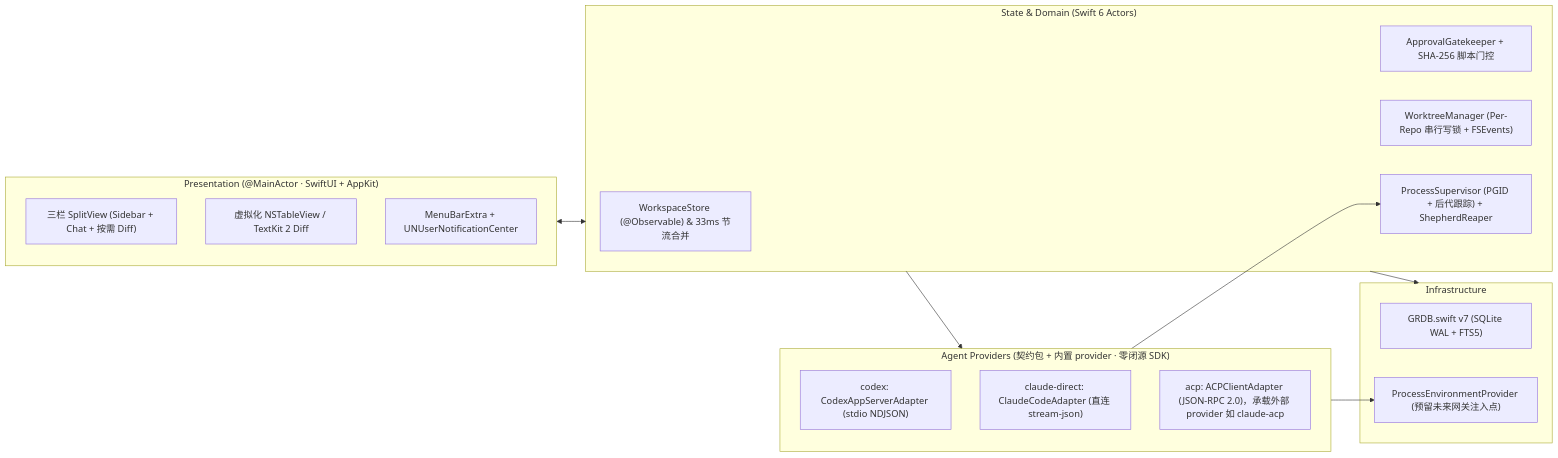
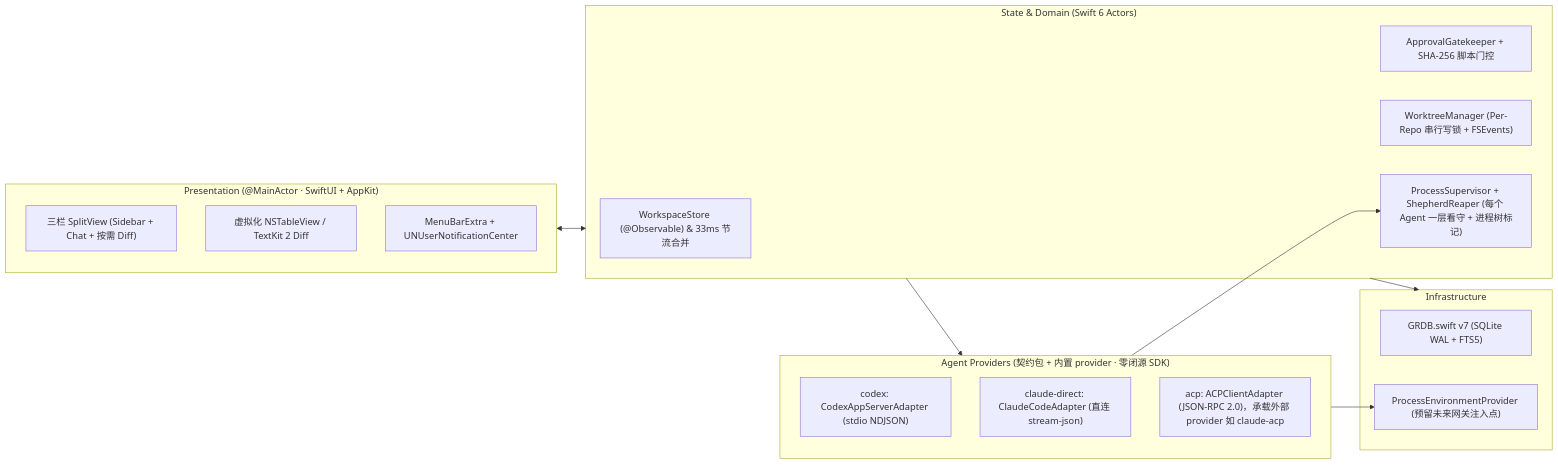
Before and after one commit to julytang/Shepherd: the first of 2 diagrams in docs/PROPOSAL.md, drawn with Mermaid. The commit also changed other lines of this file and 5 other files, not shown here.

````diff
--- a/docs/PROPOSAL.md
+++ b/docs/PROPOSAL.md
@@ -71,32 +71,32 @@
 ```mermaid
 flowchart LR
     subgraph UI["Presentation (@MainActor · SwiftUI + AppKit)"]
         Split["三栏 SplitView (Sidebar + Chat + 按需 Diff)"]
         DiffView["虚拟化 NSTableView / TextKit 2 Diff"]
         Chrome["MenuBarExtra + UNUserNotificationCenter"]
     end
 
     subgraph Core["State & Domain (Swift 6 Actors)"]
         Store["WorkspaceStore (@Observable) & 33ms 节流合并"]
         Gate["ApprovalGatekeeper + SHA-256 脚本门控"]
         WT["WorktreeManager (Per-Repo 串行写锁 + FSEvents)"]
-        Sup["ProcessSupervisor (PGID + 后代跟踪) + ShepherdReaper"]
+        Sup["ProcessSupervisor + ShepherdReaper (每个 Agent 一层看守 + 进程树标记)"]
     end
 
     subgraph Drivers["Agent Providers (契约包 + 内置 provider · 零闭源 SDK)"]
         Codex["codex: CodexAppServerAdapter (stdio NDJSON)"]
         Claude["claude-direct: ClaudeCodeAdapter (直连 stream-json)"]
         ACP["acp: ACPClientAdapter (JSON-RPC 2.0)，承载外部 provider 如 claude-acp"]
     end
 
     subgraph Infra["Infrastructure"]
         DB["GRDB.swift v7 (SQLite WAL + FTS5)"]
         Env["ProcessEnvironmentProvider (预留未来网关注入点)"]
     end
 
     UI <--> Core
     Core --> Drivers
     Core --> Infra
     Drivers --> Sup
     Drivers --> Env
 ```
````
